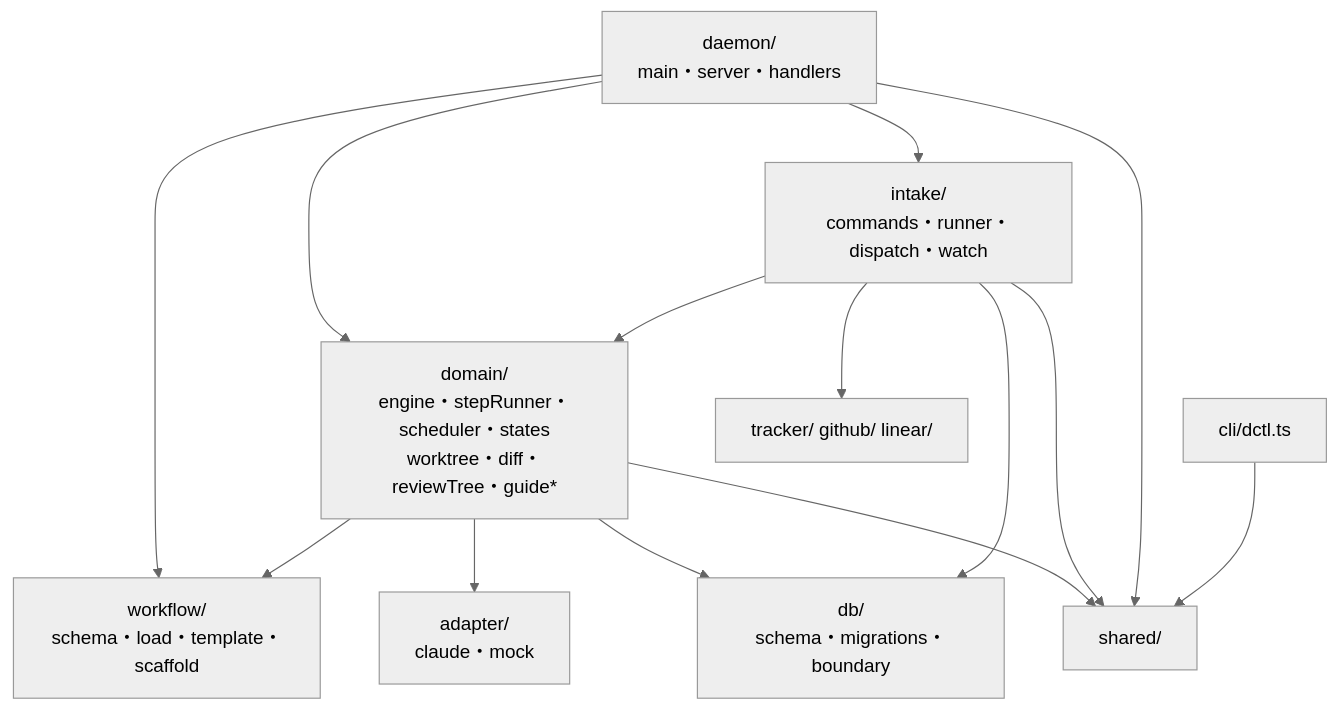
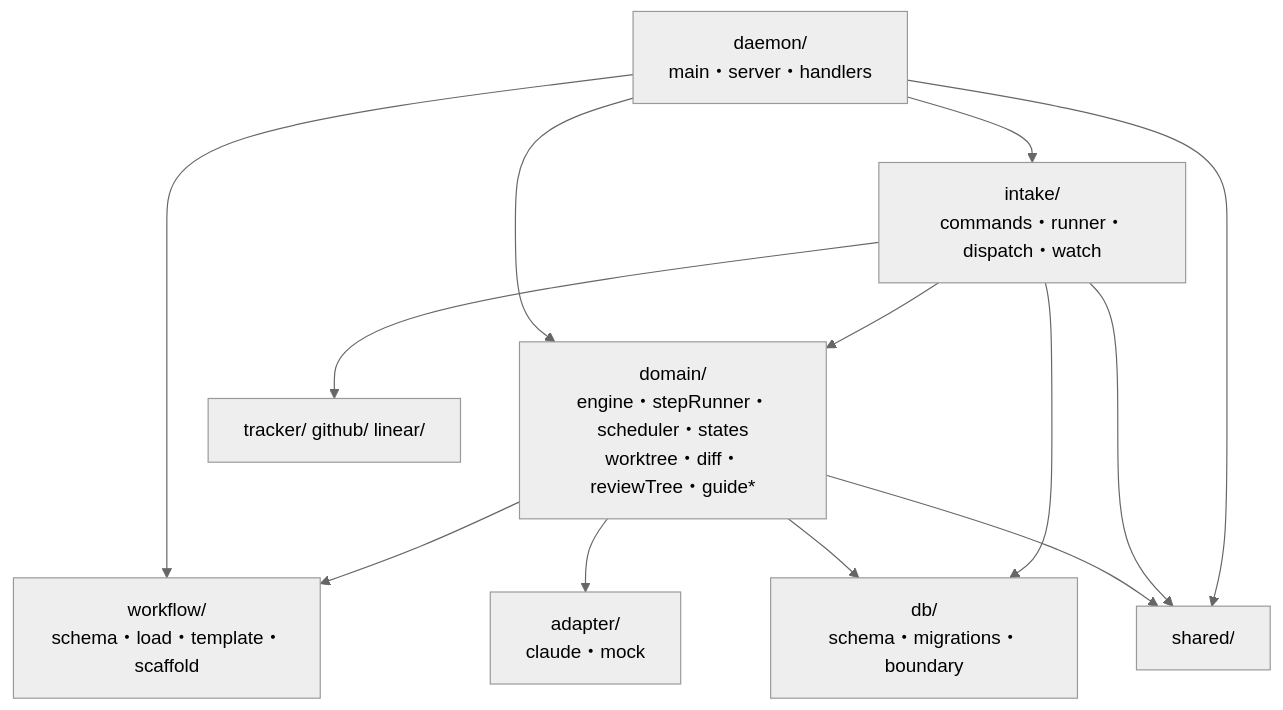
Before and after one commit to todokr/doctrine: the second of 3 diagrams in docs/developer-guide/01-architecture.md, drawn with Mermaid (neutral theme). The commit also changed other lines of this file and 65 other files, not shown here.

````diff
--- a/docs/developer-guide/01-architecture.md
+++ b/docs/developer-guide/01-architecture.md
@@ -54,25 +50,23 @@
 ```mermaid
 flowchart TB
   daemon["daemon/<br/>main・server・handlers"]
-  cli["cli/dctl.ts"]
   intake["intake/<br/>commands・runner・dispatch・watch"]
   domain["domain/<br/>engine・stepRunner・scheduler・states<br/>worktree・diff・reviewTree・guide*"]
   workflow["workflow/<br/>schema・load・template・scaffold"]
   adapter["adapter/<br/>claude・mock"]
   tracker["tracker/ github/ linear/"]
   db["db/<br/>schema・migrations・boundary"]
   shared["shared/"]
   daemon --> intake
   daemon --> domain
   daemon --> workflow
   intake --> domain
   intake --> tracker
   domain --> workflow
   domain --> adapter
   domain --> db
   intake --> db
   domain --> shared
   intake --> shared
   daemon --> shared
-  cli --> shared
 ```
````
